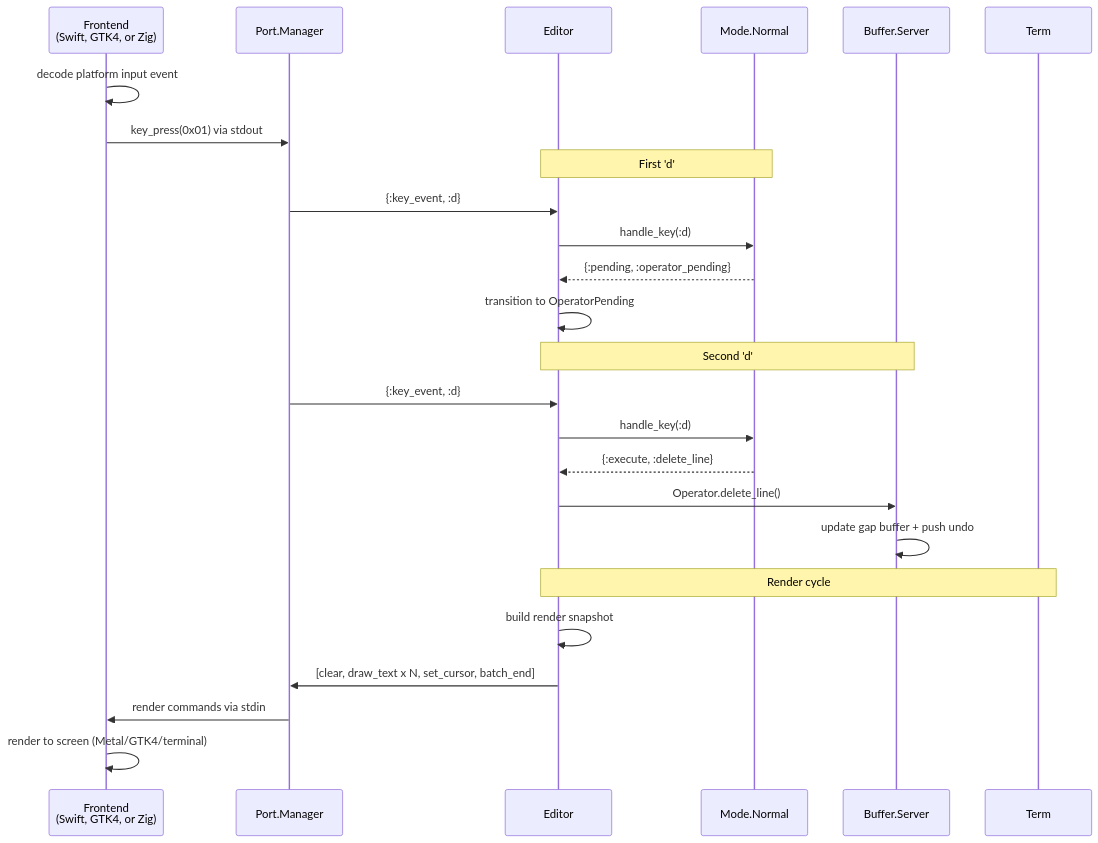
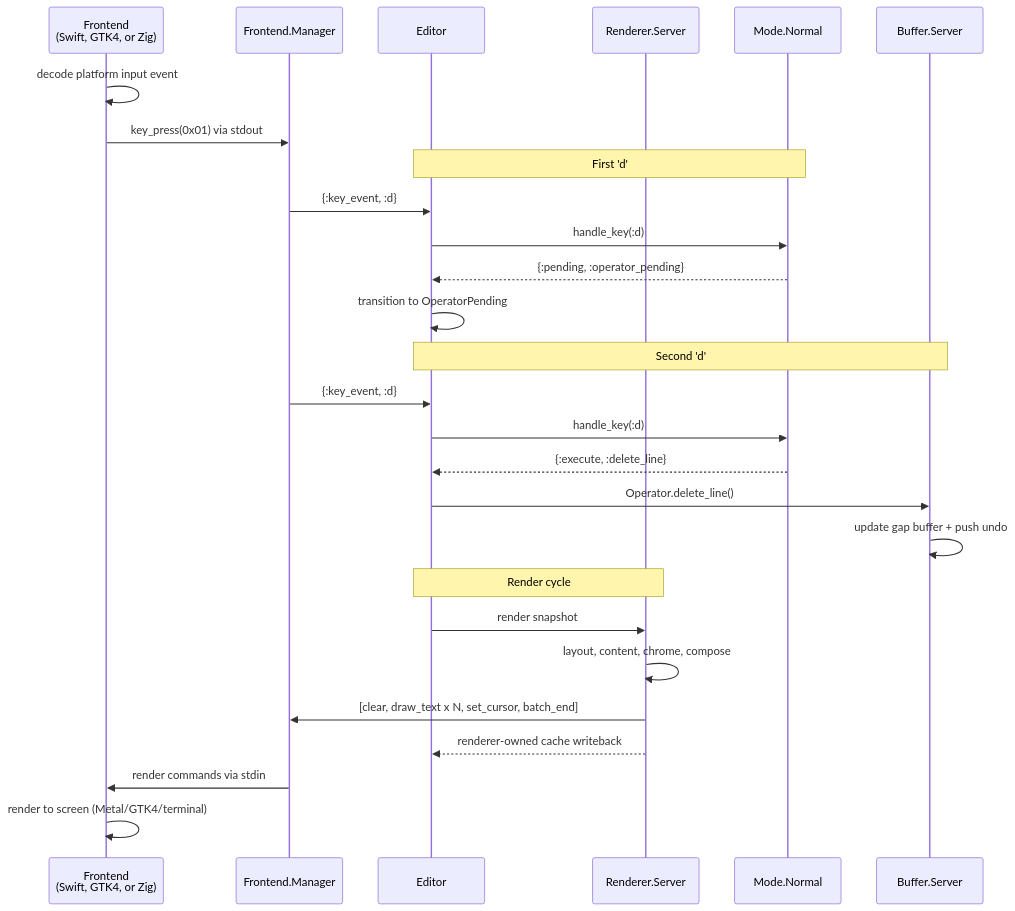
The eighth of 10 diagrams in docs/ARCHITECTURE.md (jsmestad/minga), drawn with Mermaid before and after one commit. The commit also changed other lines of this file and 11 other files, not shown here.

````diff
--- a/docs/ARCHITECTURE.md
+++ b/docs/ARCHITECTURE.md
@@ -373,30 +381,33 @@
 ```mermaid
 sequenceDiagram
     participant FE as Frontend<br/>(Swift, GTK4, or Zig)
-    participant PM as Port.Manager
+    participant PM as Frontend.Manager
     participant Ed as Editor
+    participant Render as Renderer.Server
     participant Mode as Mode.Normal
     participant Buf as Buffer.Server
 
     FE->>FE: decode platform input event
     FE->>PM: key_press(0x01) via stdout
 
     Note over Ed,Mode: First 'd'
     PM->>Ed: {:key_event, :d}
     Ed->>Mode: handle_key(:d)
     Mode-->>Ed: {:pending, :operator_pending}
     Ed->>Ed: transition to OperatorPending
 
     Note over Ed,Buf: Second 'd'
     PM->>Ed: {:key_event, :d}
     Ed->>Mode: handle_key(:d)
     Mode-->>Ed: {:execute, :delete_line}
     Ed->>Buf: Operator.delete_line()
     Buf->>Buf: update gap buffer + push undo
 
-    Note over Ed,Term: Render cycle
-    Ed->>Ed: build render snapshot
-    Ed->>PM: [clear, draw_text x N, set_cursor, batch_end]
+    Note over Ed,Render: Render cycle
+    Ed->>Render: render snapshot
+    Render->>Render: layout, content, chrome, compose
+    Render->>PM: [clear, draw_text x N, set_cursor, batch_end]
+    Render-->>Ed: renderer-owned cache writeback
     PM->>FE: render commands via stdin
     FE->>FE: render to screen (Metal/GTK4/terminal)
 ```
````
